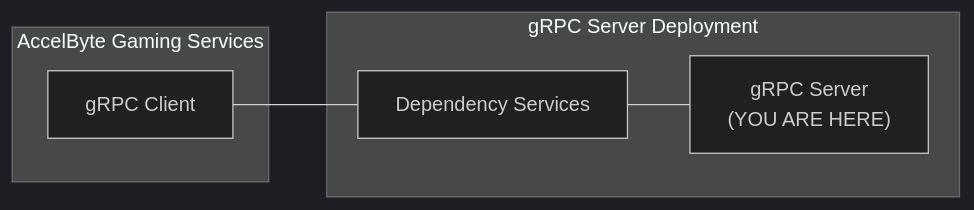
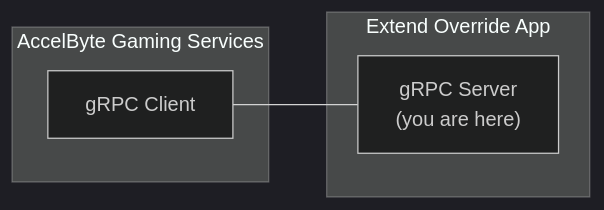
Before and after one commit to AccelByte/cloudsave-validator-grpc-plugin-server-python: the diagram in README.md, drawn with Mermaid (dark theme). The commit also changed other lines of this file, not shown here.

````diff
--- a/README.md
+++ b/README.md
@@ -3,12 +3,10 @@
 ```mermaid
 flowchart LR
    subgraph AccelByte Gaming Services
    CL[gRPC Client]
    end
-   subgraph gRPC Server Deployment
-   SV["gRPC Server\n(YOU ARE HERE)"]
-   DS[Dependency Services]
-   CL --- DS
+   subgraph Extend Override App
+   SV["gRPC Server\n(you are here)"]
    end
-   DS --- SV
+   CL --- SV
 ```
````
